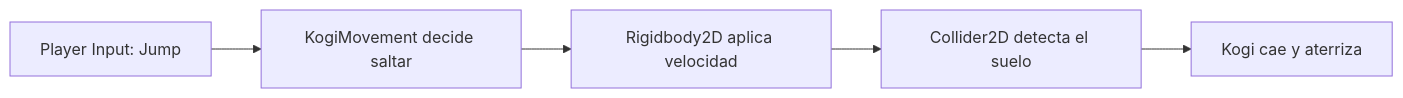
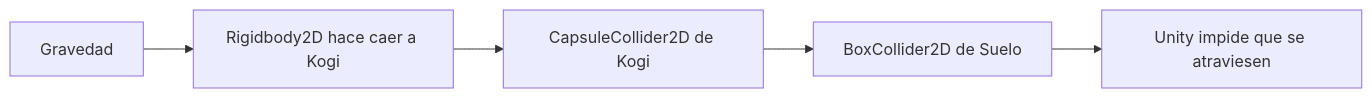
Before and after one commit to jcarrenogallego/learning-unity: the first of 3 diagrams in docs/sesiones/03-gravedad-colisiones-salto.md, drawn with Mermaid. The commit also changed other lines of this file and 7 other files, not shown here.

````diff
--- a/docs/sesiones/03-gravedad-colisiones-salto.md
+++ b/docs/sesiones/03-gravedad-colisiones-salto.md
@@ -11,7 +71,7 @@
 ```mermaid
 flowchart LR
-    A[Player Input: Jump] --> B[KogiMovement decide saltar]
-    B --> C[Rigidbody2D aplica velocidad]
-    C --> D[Collider2D detecta el suelo]
-    D --> E[Kogi cae y aterriza]
+    A[Gravedad] --> B[Rigidbody2D hace caer a Kogi]
+    B --> C[CapsuleCollider2D de Kogi]
+    C --> D[BoxCollider2D de Suelo]
+    D --> E[Unity impide que se atraviesen]
 ```
````
